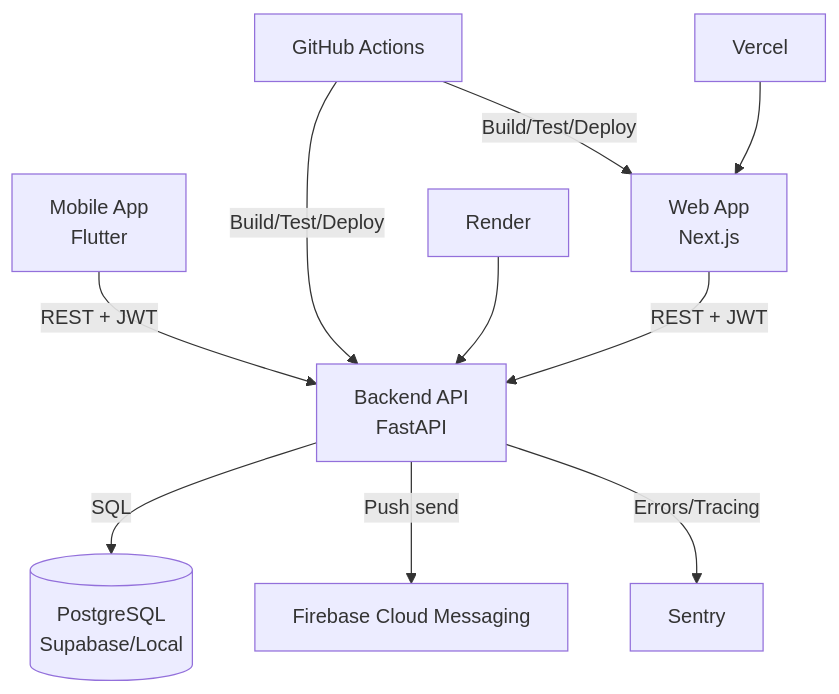
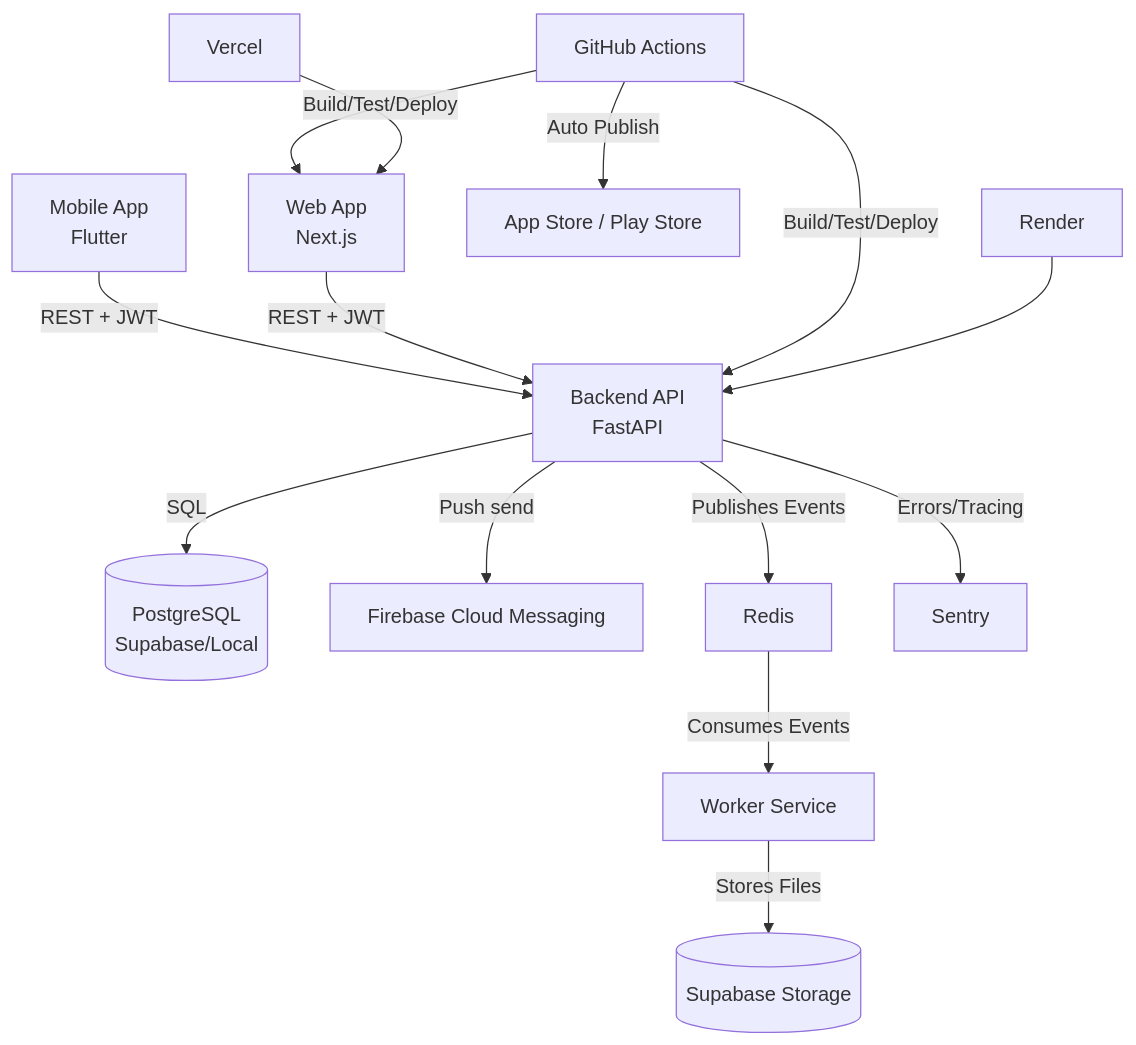
Before and after one commit to namphuongtran/familyroots: the diagram in docs/architecture.md, drawn with Mermaid. The commit also changed other lines of this file and 52 other files, not shown here.

````diff
--- a/docs/architecture.md
+++ b/docs/architecture.md
@@ -5,12 +5,16 @@
 ```mermaid
 flowchart TD
        M[Mobile App\nFlutter] -->|REST + JWT| B[Backend API\nFastAPI]
        W[Web App\nNext.js] -->|REST + JWT| B
        B -->|SQL| DB[(PostgreSQL\nSupabase/Local)]
        B -->|Push send| FCM[Firebase Cloud Messaging]
+       B -->|Publishes Events| REDIS[Redis]
+       REDIS -->|Consumes Events| WRK[Worker Service]
+       WRK -->|Stores Files| STOR[(Supabase Storage)]
        B -->|Errors/Tracing| SEN[Sentry]
        GH[GitHub Actions] -->|Build/Test/Deploy| B
        GH -->|Build/Test/Deploy| W
+       GH -->|Auto Publish| M_STORES[App Store / Play Store]
        R[Render] --> B
        V[Vercel] --> W
 ```
````
